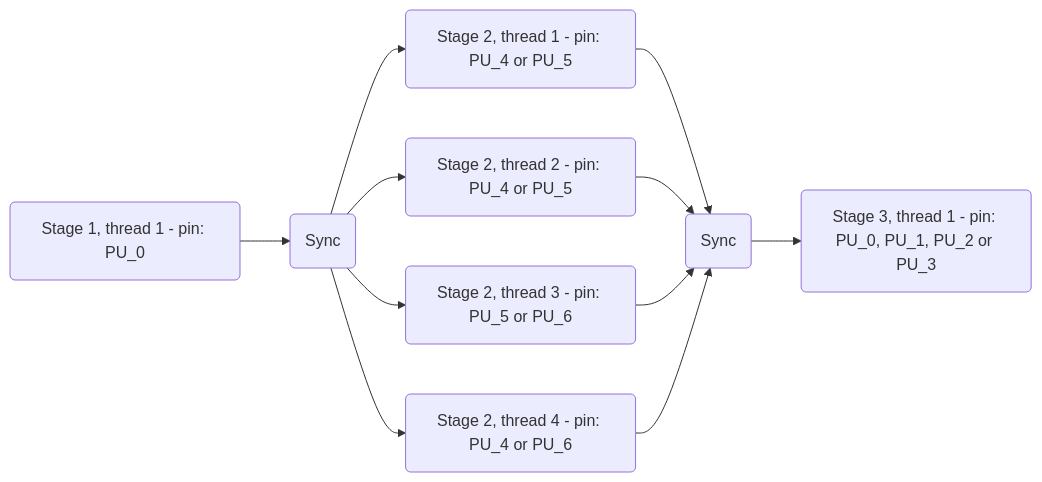
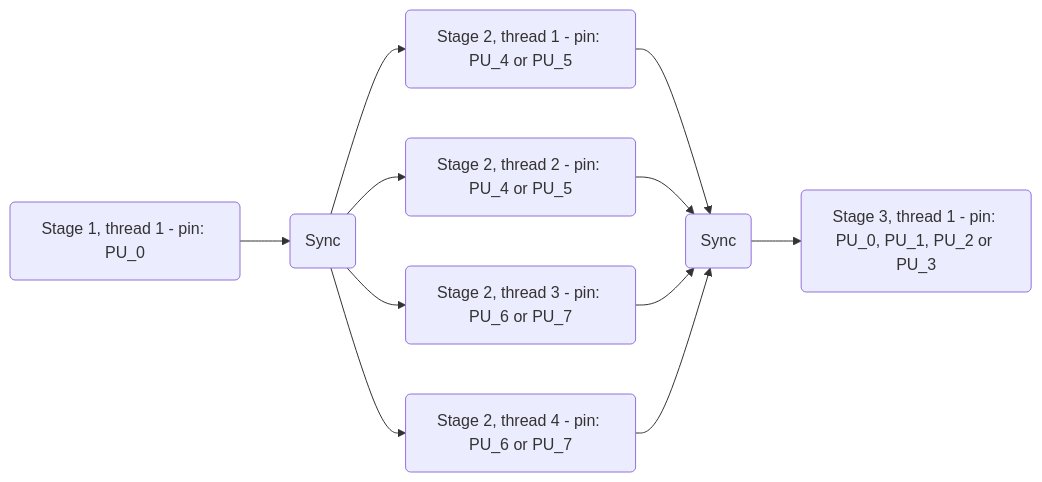
One commit to aff3ct/streampu changed the first of 3 diagrams in docs/thread_pinning.md. Above: the diagram before and after it, drawn with Mermaid.

````diff
--- a/docs/thread_pinning.md
+++ b/docs/thread_pinning.md
@@ -116,13 +116,13 @@
 ```mermaid
 graph LR;
 S1T1(Stage 1, thread 1 - pin: PU_0)-->SYNC1;
 SYNC1(Sync)-->S2T1;
 SYNC1(Sync)-->S2T2;
 SYNC1(Sync)-->S2T3;
 SYNC1(Sync)-->S2T4;
 S2T1(Stage 2, thread 1 - pin: PU_4 or PU_5)-->SYNC2;
 S2T2(Stage 2, thread 2 - pin: PU_4 or PU_5)-->SYNC2;
-S2T3(Stage 2, thread 3 - pin: PU_5 or PU_6)-->SYNC2;
-S2T4(Stage 2, thread 4 - pin: PU_4 or PU_6)-->SYNC2;
+S2T3(Stage 2, thread 3 - pin: PU_6 or PU_7)-->SYNC2;
+S2T4(Stage 2, thread 4 - pin: PU_6 or PU_7)-->SYNC2;
 SYNC2(Sync)-->S3T1(Stage 3, thread 1 - pin: PU_0, PU_1, PU_2 or PU_3);
 ```
````
